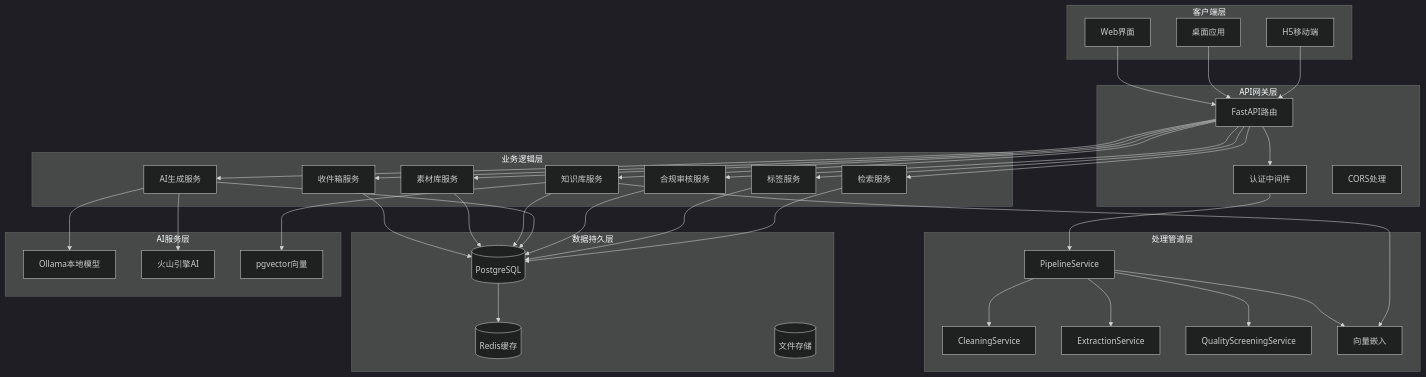
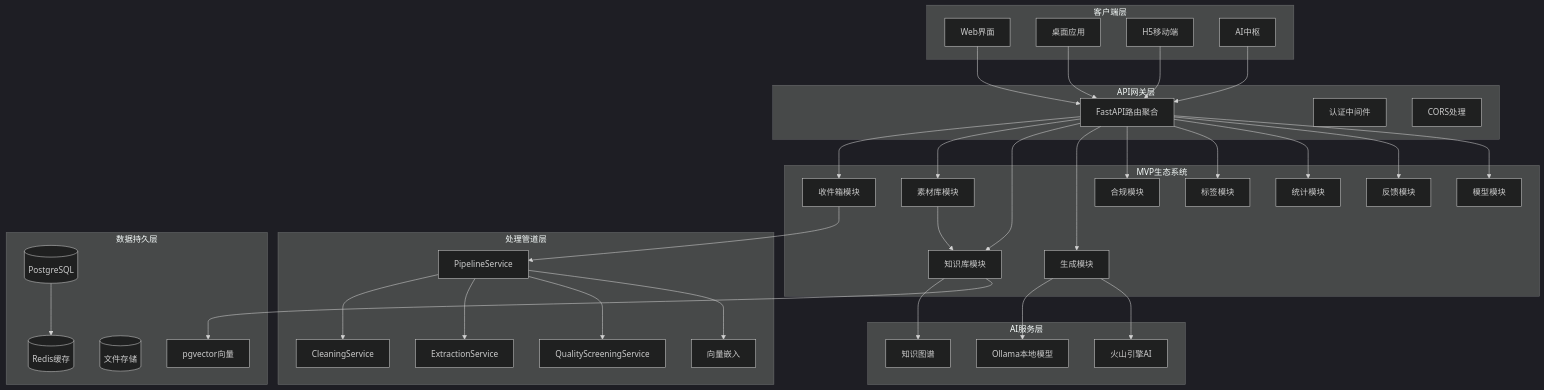
One commit to dream-ze/AI_huoke- changed the first of 9 diagrams in .qoder/repowiki/zh/content/内容采集系统/MVP内容管理系统.md. Above: the diagram before and after it, drawn with Mermaid (dark theme). The commit also changed other lines of this file and 95 other files, not shown here.

````diff
--- a/.qoder/repowiki/zh/content/内容采集系统/MVP内容管理系统.md
+++ b/.qoder/repowiki/zh/content/内容采集系统/MVP内容管理系统.md
@@ -77,68 +93,68 @@
 ```mermaid
 graph TB
 subgraph "客户端层"
 Web[Web界面]
 Desktop[桌面应用]
 Mobile[H5移动端]
+AIHub[AI中枢]
 end
 subgraph "API网关层"
-Router[FastAPI路由]
+Router[FastAPI路由聚合]
 Auth[认证中间件]
 CORS[CORS处理]
+end
+subgraph "MVP生态系统"
+Inbox[收件箱模块]
+Material[素材库模块]
+Knowledge[知识库模块]
+Generation[生成模块]
+Compliance[合规模块]
+Tag[标签模块]
+Stats[统计模块]
+Feedback[反馈模块]
+Model[模型模块]
 end
 subgraph "处理管道层"
 Pipeline[PipelineService]
 Cleaning[CleaningService]
 Extraction[ExtractionService]
 Quality[QualityScreeningService]
 Embedding[EmbeddingService]
 end
-subgraph "业务逻辑层"
-Inbox[收件箱服务]
-Material[素材库服务]
-Knowledge[知识库服务]
-Generate[AI生成服务]
-Compliance[合规审核服务]
-Tag[标签服务]
-Search[检索服务]
-end
 subgraph "数据持久层"
 Postgres[(PostgreSQL)]
 Redis[(Redis缓存)]
 Storage[(文件存储)]
+Vector[pgvector向量]
 end
 subgraph "AI服务层"
 Ollama[Ollama本地模型]
 Volcano[火山引擎AI]
 Embedding[向量嵌入]
-Vector[pgvector向量]
+Graph[知识图谱]
 end
 Web --> Router
 Desktop --> Router
 Mobile --> Router
-Router --> Auth
-Auth --> Pipeline
+AIHub --> Router
+Router --> Inbox
+Router --> Material
+Router --> Knowledge
+Router --> Generation
+Router --> Compliance
+Router --> Tag
+Router --> Stats
+Router --> Feedback
+Router --> Model
+Inbox --> Pipeline
 Pipeline --> Cleaning
 Pipeline --> Extraction
 Pipeline --> Quality
 Pipeline --> Embedding
-Router --> Inbox
-Router --> Material
-Router --> Knowledge
-Router --> Generate
-Router --> Compliance
-Router --> Tag
-Router --> Search
-Inbox --> Postgres
-Material --> Postgres
-Knowledge --> Postgres
-Generate --> Postgres
-Compliance --> Postgres
-Tag --> Postgres
-Search --> Postgres
-Generate --> Ollama
-Generate --> Volcano
-Knowledge --> Embedding
+Material --> Knowledge
+Knowledge --> Graph
+Generation --> Ollama
+Generation --> Volcano
 Knowledge --> Vector
 Postgres --> Redis
 ```
````
